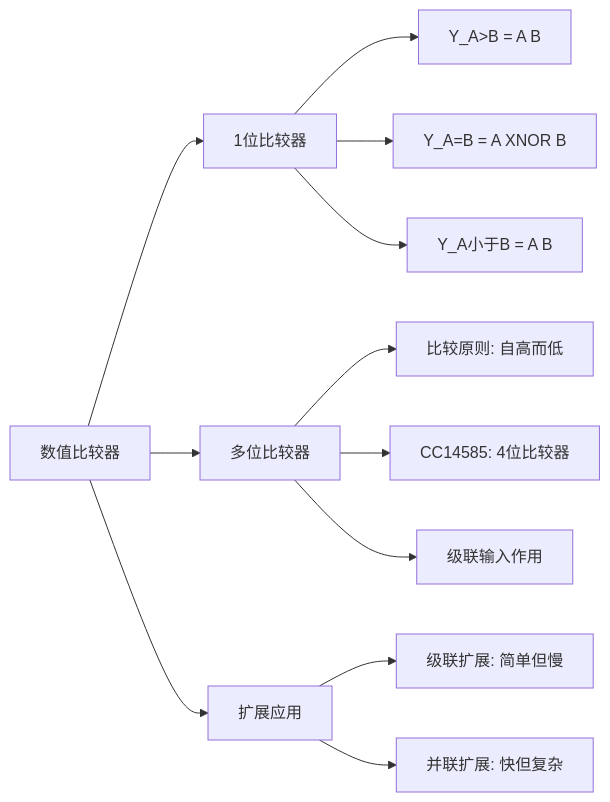
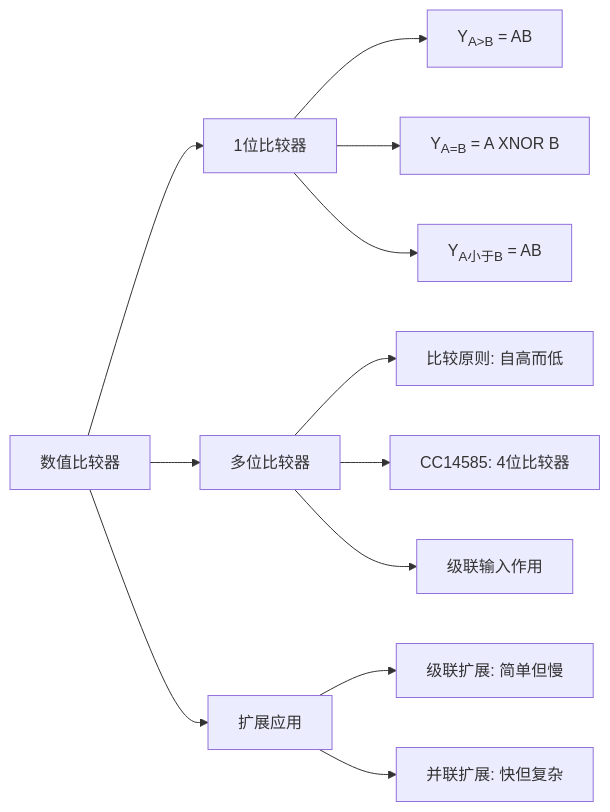
One commit to LiuandXu/digital-electronics-wiki changed the diagram in docs/ch04/4-6.md. Above: the diagram before and after it, drawn with Mermaid.

Commit message:
fix: ch04/4-6 Mermaid节点下标也改用HTML sub标签

````diff
--- a/docs/ch04/4-6.md
+++ b/docs/ch04/4-6.md
@@ -105,17 +105,17 @@
 ```mermaid
 graph LR
     A["数值比较器"] --> B["1位比较器"]
     A --> C["多位比较器"]
     A --> D["扩展应用"]
     
-    B --> B1["Y_A>B = A B"]
-    B --> B2["Y_A=B = A XNOR B"]
-    B --> B3["Y_A小于B = A B"]
+    B --> B1["Y<sub>A>B</sub> = AB"]
+    B --> B2["Y<sub>A=B</sub> = A XNOR B"]
+    B --> B3["Y<sub>A小于B</sub> = AB"]
     
     C --> C1["比较原则: 自高而低"]
     C --> C2["CC14585: 4位比较器"]
     C --> C3["级联输入作用"]
     
     D --> D1["级联扩展: 简单但慢"]
     D --> D2["并联扩展: 快但复杂"]
 ```
````
